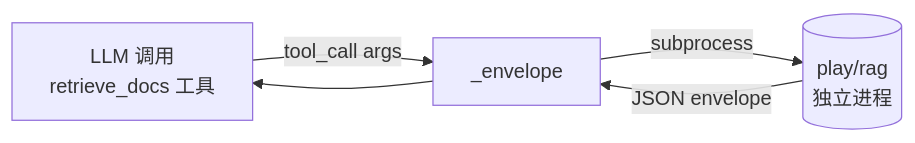
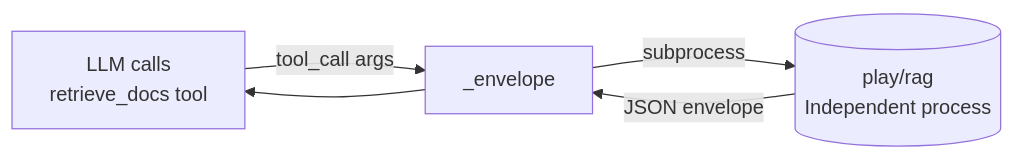
The fourth of 13 diagrams in play/agent_engine/JOURNAL.md (AndyUneducated/alchemy), drawn with Mermaid before and after one commit. The commit also changed other lines of this file and 197 other files, not shown here.

````diff
--- a/play/agent_engine/JOURNAL.md
+++ b/play/agent_engine/JOURNAL.md
@@ -142,8 +140,8 @@
 ```mermaid
 flowchart LR
-    LM[LLM 调用<br/>retrieve_docs 工具]
-    LM -->|tool_call args| EV[_envelope]
-    EV -->|subprocess| RAG[(play/rag<br/>独立进程)]
-    RAG -->|JSON envelope| EV
-    EV --> LM
+LM[LLM calls<br/>retrieve_docs tool]
+LM -->|tool_call args| EV[_envelope]
+EV -->|subprocess| RAG[(play/rag<br/>Independent process)]
+RAG -->|JSON envelope| EV
+EV --> LM
 ```
````
